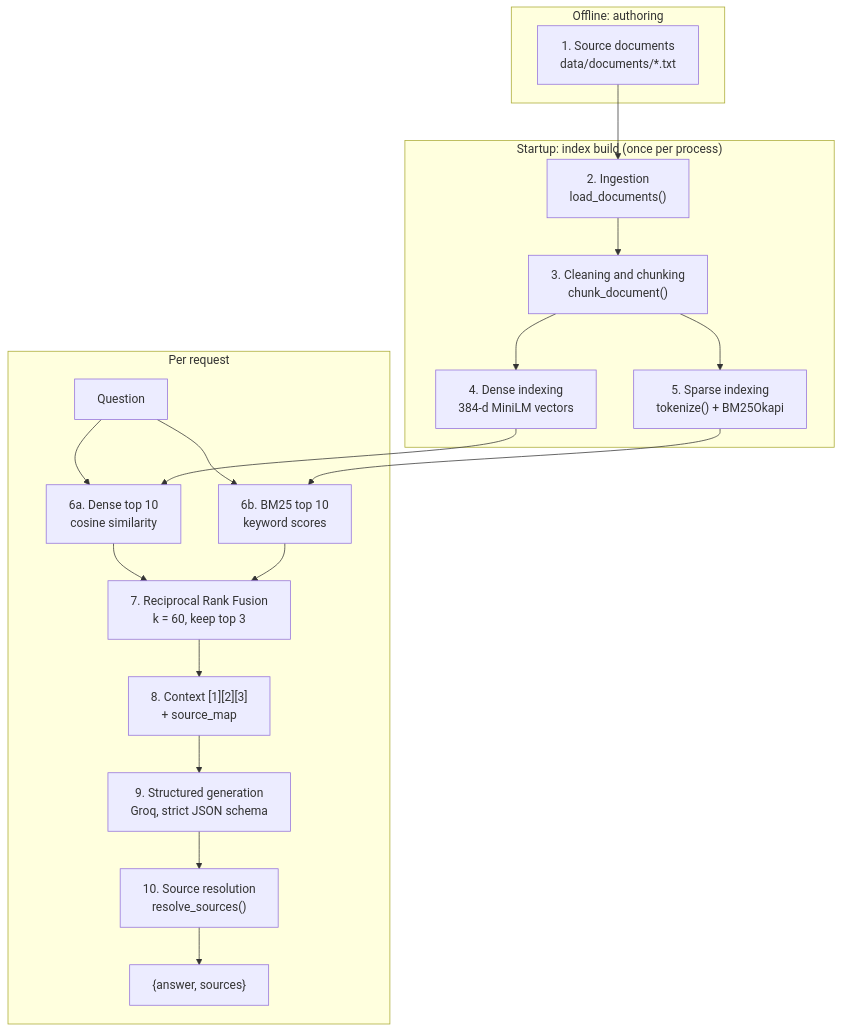
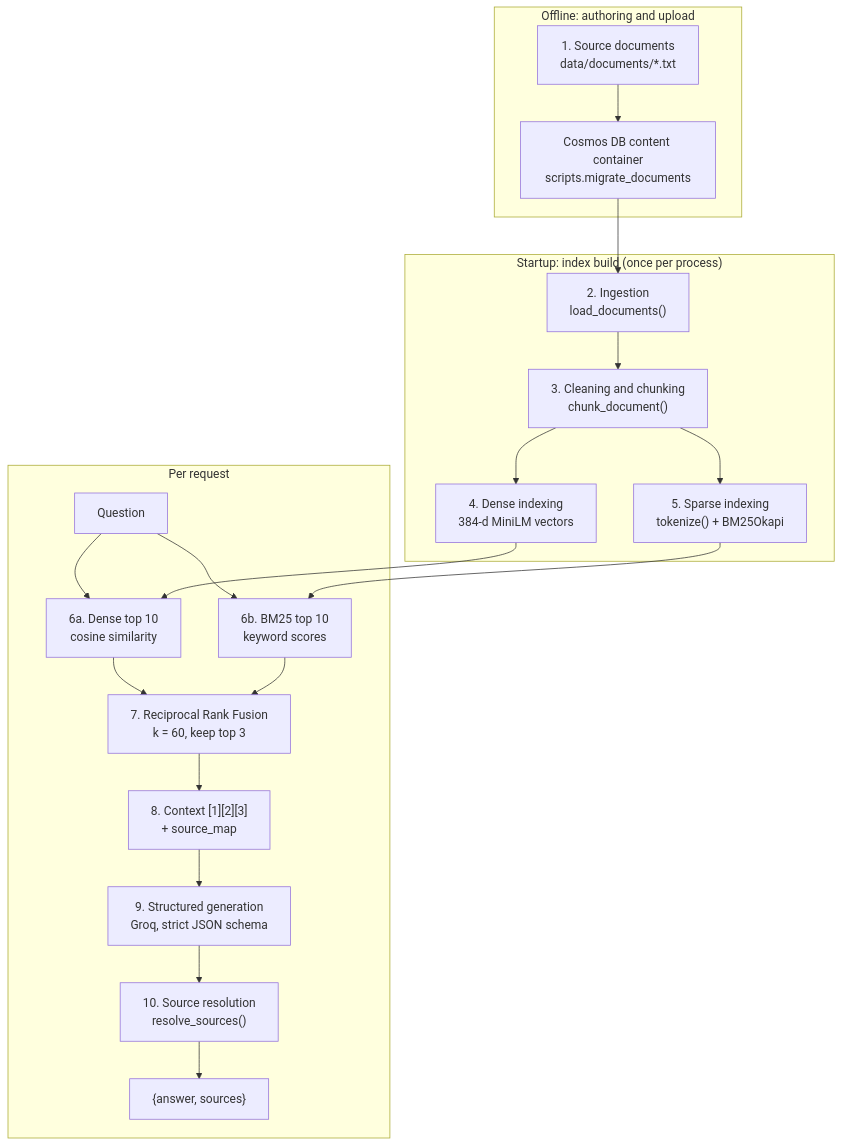
The diagram in README.md (bachnguyennn/AskBachBot), drawn with Mermaid before and after one commit. The commit also changed other lines of this file and 10 other files, not shown here.

````diff
--- a/README.md
+++ b/README.md
@@ -209,27 +223,27 @@
 ```mermaid
 flowchart TD
-    subgraph OFF["Offline: authoring"]
-        S1["1. Source documents<br/>data/documents/*.txt"]
+    subgraph OFF["Offline: authoring and upload"]
+        S1["1. Source documents<br/>data/documents/*.txt"] --> S1b["Cosmos DB content container<br/>scripts.migrate_documents"]
     end
 
     subgraph START["Startup: index build (once per process)"]
         S2["2. Ingestion<br/>load_documents()"] --> S3["3. Cleaning and chunking<br/>chunk_document()"]
         S3 --> S4["4. Dense indexing<br/>384-d MiniLM vectors"]
         S3 --> S5["5. Sparse indexing<br/>tokenize() + BM25Okapi"]
     end
 
     subgraph REQ["Per request"]
         Q["Question"] --> S6a["6a. Dense top 10<br/>cosine similarity"]
         Q --> S6b["6b. BM25 top 10<br/>keyword scores"]
         S6a --> S7["7. Reciprocal Rank Fusion<br/>k = 60, keep top 3"]
         S6b --> S7
         S7 --> S8["8. Context [1][2][3]<br/>+ source_map"]
         S8 --> S9["9. Structured generation<br/>Groq, strict JSON schema"]
         S9 --> S10["10. Source resolution<br/>resolve_sources()"]
         S10 --> R["{answer, sources}"]
     end
 
-    S1 --> S2
+    S1b --> S2
     S4 --> S6a
     S5 --> S6b
 ```
````
